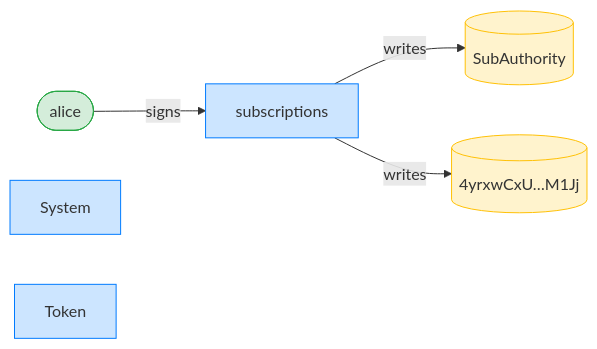
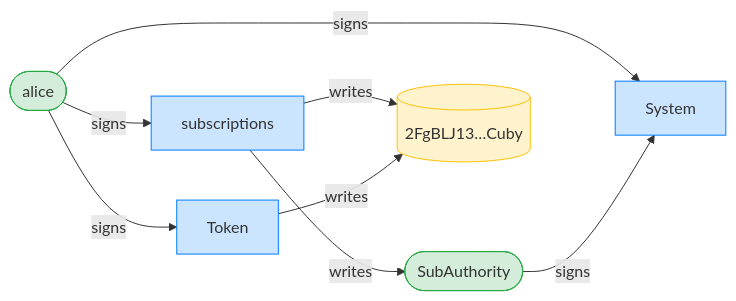
One commit to cds-rs/subscriptions changed the third of 12 diagrams in dsl_tests/fixed-transfer-rejects-a-non-canonical-source.md. Above: the diagram before and after it, drawn with Mermaid. The commit also changed other lines of this file and 224 other files, not shown here.

````diff
--- a/dsl_tests/fixed-transfer-rejects-a-non-canonical-source.md
+++ b/dsl_tests/fixed-transfer-rejects-a-non-canonical-source.md
@@ -55,15 +56,19 @@
 ```mermaid
 flowchart LR
     classDef signer fill:#d4edda,stroke:#28a745;
     classDef program fill:#cce5ff,stroke:#007bff;
     classDef writable fill:#fff3cd,stroke:#ffc107;
     subscriptions[subscriptions]:::program
     alice([alice]):::signer
-    SubAuthority[(SubAuthority)]:::writable
-    4yrxwCxU_M1Jj[("4yrxwCxU…M1Jj")]:::writable
+    SubAuthority([SubAuthority]):::signer
+    2FgBLJ13_Cuby[("2FgBLJ13…Cuby")]:::writable
     System[System]:::program
     Token[Token]:::program
     alice -->|signs| subscriptions
+    alice -->|signs| System
+    SubAuthority -->|signs| System
+    alice -->|signs| Token
     subscriptions -->|writes| SubAuthority
-    subscriptions -->|writes| 4yrxwCxU_M1Jj
+    subscriptions -->|writes| 2FgBLJ13_Cuby
+    Token -->|writes| 2FgBLJ13_Cuby
 ```
````
